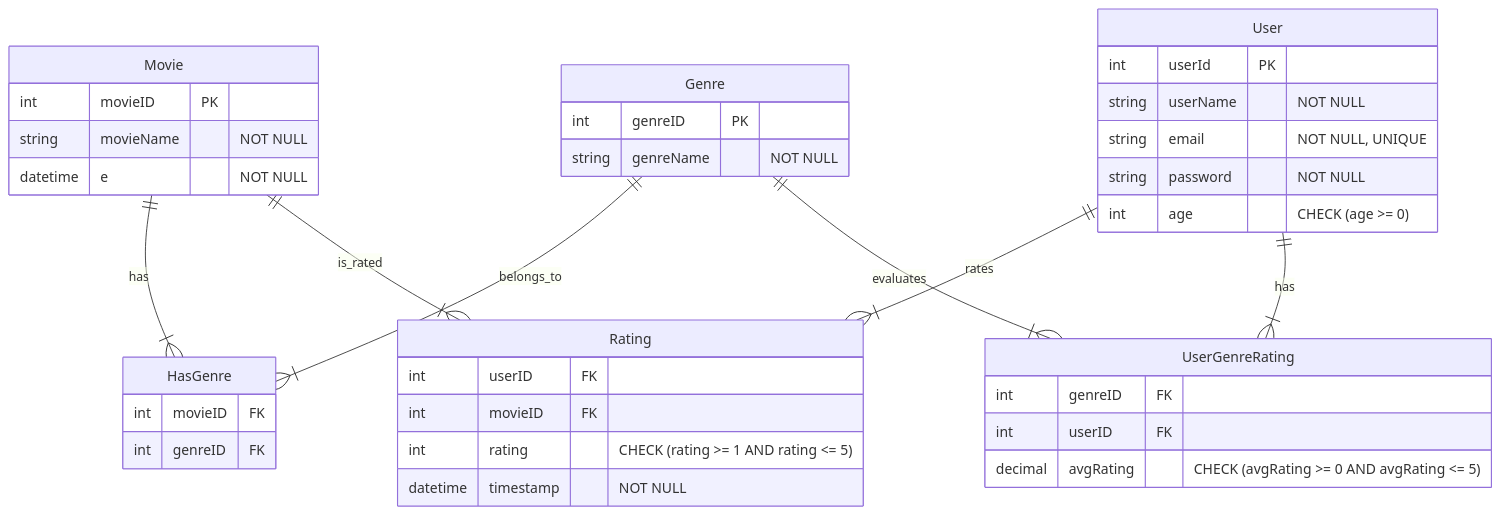
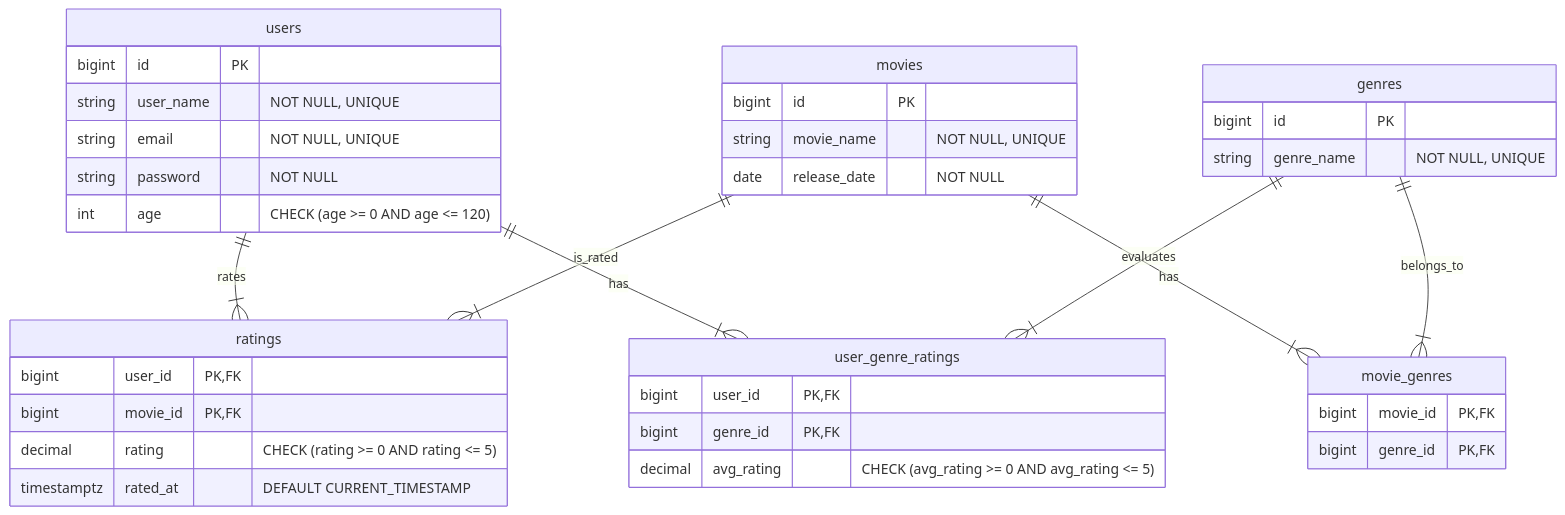
One commit to liad-coj-007/movie-recommendation changed the diagram in src/DB/erd.mmd. Above: the diagram before and after it, drawn with Mermaid. The commit also changed other lines of this file and 2 other files, not shown here.

```diff
--- a/src/DB/erd.mmd
+++ b/src/DB/erd.mmd
@@ -1,47 +1,46 @@
 erDiagram
-    Movie ||--|{ HasGenre : "has"
-    Genre ||--|{ HasGenre : "belongs_to"
-    User ||--|{ Rating : "rates"
-    Movie ||--|{ Rating : "is_rated"
+    users ||--|{ ratings : "rates"
+    movies ||--|{ ratings : "is_rated"
 
-    User ||--|{ UserGenreRating : "has"
-    Genre ||--|{ UserGenreRating : "evaluates"
+    movies ||--|{ movie_genres : "has"
+    genres ||--|{ movie_genres : "belongs_to"
 
-    User {
-        int userId PK
-        string userName "NOT NULL"
-        string email  "NOT NULL, UNIQUE"
+    users ||--|{ user_genre_ratings : "has"
+    genres ||--|{ user_genre_ratings : "evaluates"
+
+    users {
+        bigint id PK
+        string user_name "NOT NULL, UNIQUE"
+        string email "NOT NULL, UNIQUE"
         string password "NOT NULL"
-        int age "CHECK (age >= 0)"
+        int age "CHECK (age >= 0 AND age <= 120)"
     }
 
-    Genre {
-        int genreID PK
-        string genreName "NOT NULL"
+    movies {
+        bigint id PK
+        string movie_name "NOT NULL, UNIQUE"
+        date release_date "NOT NULL"
     }
 
-    Movie {
-        int movieID PK
-        string movieName "NOT NULL" 
-        datetime e "NOT NULL"
+    genres {
+        bigint id PK
+        string genre_name "NOT NULL, UNIQUE"
     }
 
-
-
-    HasGenre {
-        int movieID FK
-        int genreID FK
+    ratings {
+        bigint user_id PK, FK
+        bigint movie_id PK, FK
+        decimal rating "CHECK (rating >= 0 AND rating <= 5)"
+        timestamptz rated_at "DEFAULT CURRENT_TIMESTAMP"
     }
 
-    Rating {
-        int userID FK
-        int movieID FK
-        int rating "CHECK (rating >= 1 AND rating <= 5)"
-        datetime timestamp "NOT NULL"
+    movie_genres {
+        bigint movie_id PK, FK
+        bigint genre_id PK, FK
     }
 
-    UserGenreRating {
-        int genreID FK
-        int userID FK
-        decimal avgRating "CHECK (avgRating >= 0 AND avgRating <= 5)"
+    user_genre_ratings {
+        bigint user_id PK, FK
+        bigint genre_id PK, FK
+        decimal avg_rating "CHECK (avg_rating >= 0 AND avg_rating <= 5)"
     }
```
